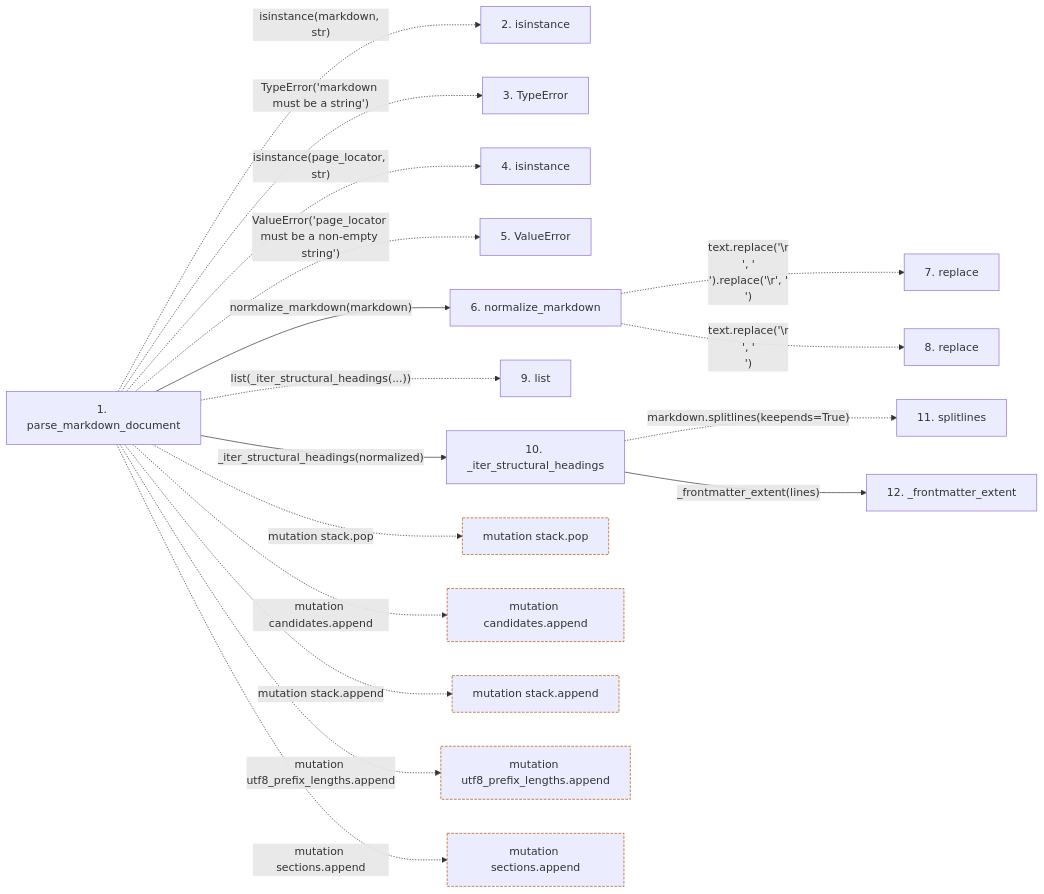
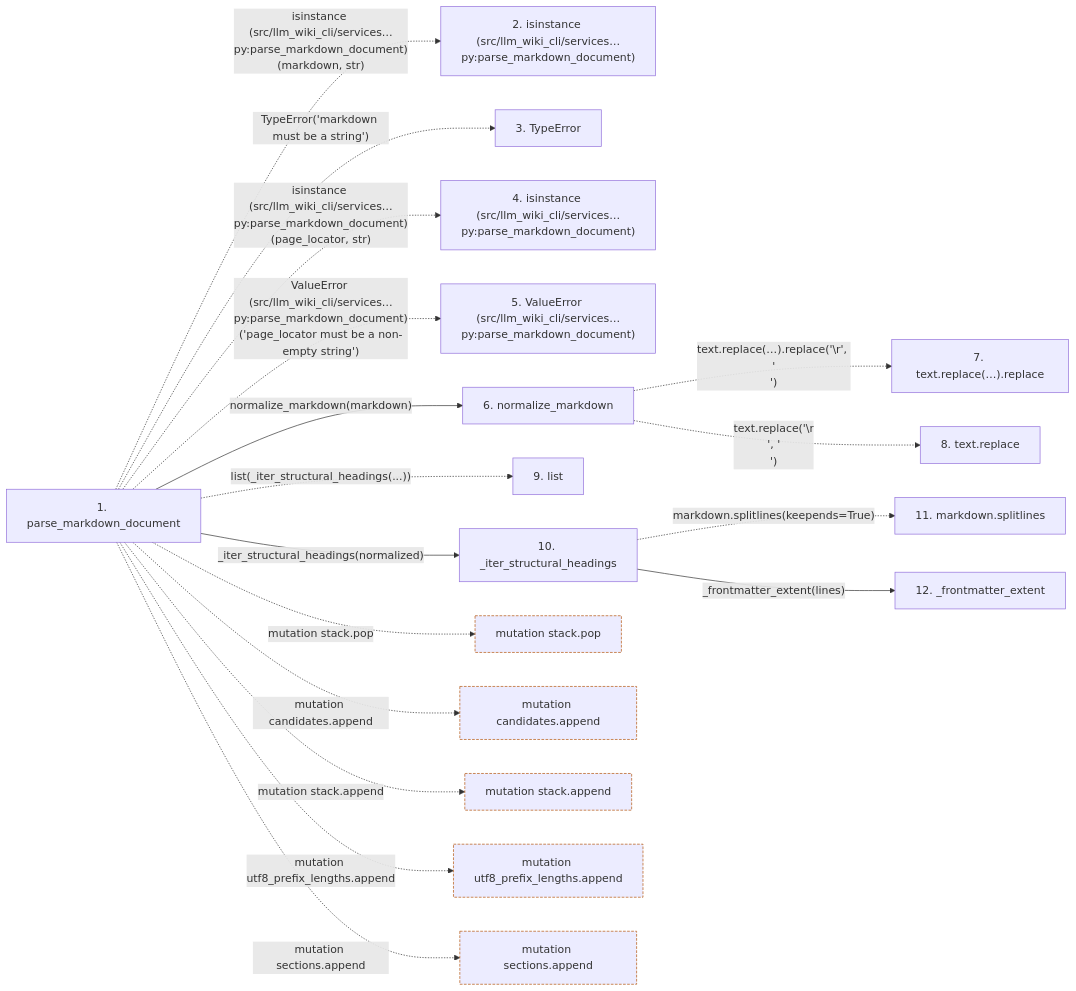
The second of 2 diagrams in docs/llm_wiki/flows/api-parse_markdown_document.md (Denissvgn/python-wiki-llm), drawn with Mermaid before and after one commit. The commit also changed other lines of this file and 719 other files, not shown here.

````diff
--- a/docs/llm_wiki/flows/api-parse_markdown_document.md
+++ b/docs/llm_wiki/flows/api-parse_markdown_document.md
@@ -69,46 +76,46 @@
 ```mermaid
 flowchart LR
     s1["1. parse_markdown_document"]
-    s2["2. isinstance"]
+    s2["2. isinstance (src/llm_wiki_cli/services…py:parse_markdown_document)"]
     s3["3. TypeError"]
-    s4["4. isinstance"]
-    s5["5. ValueError"]
+    s4["4. isinstance (src/llm_wiki_cli/services…py:parse_markdown_document)"]
+    s5["5. ValueError (src/llm_wiki_cli/services…py:parse_markdown_document)"]
     s6["6. normalize_markdown"]
-    s7["7. replace"]
-    s8["8. replace"]
+    s7["7. text.replace(…).replace"]
+    s8["8. text.replace"]
     s9["9. list"]
     s10["10. _iter_structural_headings"]
-    s11["11. splitlines"]
+    s11["11. markdown.splitlines"]
     s12["12. _frontmatter_extent"]
-    s1 -. "isinstance(markdown, str)" .-> s2
+    s1 -. "isinstance (src/llm_wiki_cli/services…py:parse_markdown_document)(markdown, str)" .-> s2
     s1 -. "TypeError('markdown must be a string')" .-> s3
-    s1 -. "isinstance(page_locator, str)" .-> s4
-    s1 -. "ValueError('page_locator must be a non-empty string')" .-> s5
+    s1 -. "isinstance (src/llm_wiki_cli/services…py:parse_markdown_document)(page_locator, str)" .-> s4
+    s1 -. "ValueError (src/llm_wiki_cli/services…py:parse_markdown_document)('page_locator must be a non-empty string')" .-> s5
     s1 -->|"normalize_markdown(markdown)"| s6
-    s6 -. "text.replace('\r\n', '\n').replace('\r', '\n')" .-> s7
+    s6 -. "text.replace(…).replace('\r', '\n')" .-> s7
     s6 -. "text.replace('\r\n', '\n')" .-> s8
     s1 -. "list(_iter_structural_headings(...))" .-> s9
     s1 -->|"_iter_structural_headings(normalized)"| s10
     s10 -. "markdown.splitlines(keepends=True)" .-> s11
     s10 -->|"_frontmatter_extent(lines)"| s12
     b0["mutation stack.pop"]
     s1 -. "mutation stack.pop" .-> b0
     b1["mutation candidates.append"]
     s1 -. "mutation candidates.append" .-> b1
     b2["mutation stack.append"]
     s1 -. "mutation stack.append" .-> b2
     b3["mutation utf8_prefix_lengths.append"]
     s1 -. "mutation utf8_prefix_lengths.append" .-> b3
     b4["mutation sections.append"]
     s1 -. "mutation sections.append" .-> b4
     click s1 "../modules/markdown_sections.md"
     click s6 "../modules/markdown_sections.md"
     click s10 "../modules/markdown_sections.md"
     click s12 "../modules/markdown_sections.md"
     classDef boundary stroke:#b45309,stroke-dasharray: 4 2
     class b0 boundary
     class b1 boundary
     class b2 boundary
     class b3 boundary
     class b4 boundary
 ```
````
